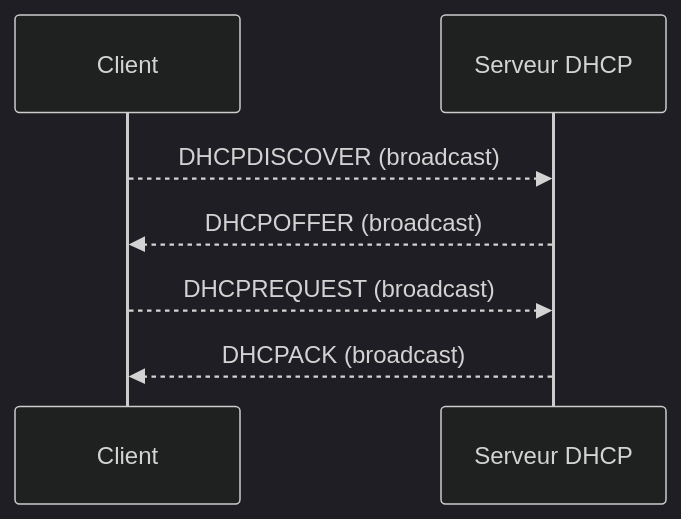
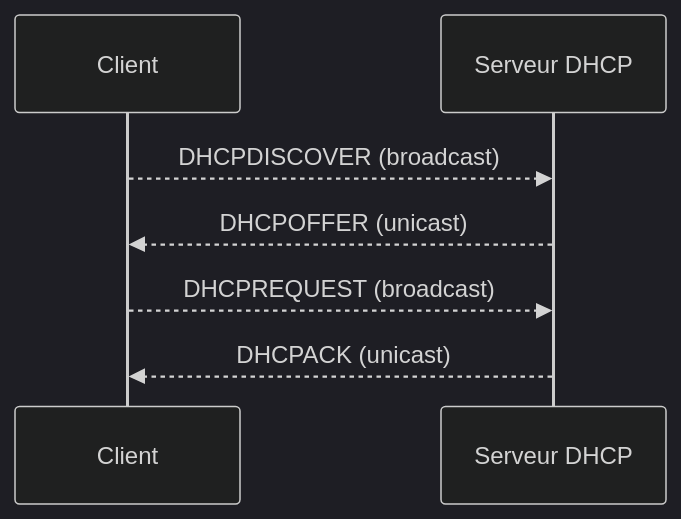
The diagram in 07 - Transformation de Server1 en Serveur DHCP avec Kea.md (maxime-rolland/COURS_LINUX_SERVEUR), drawn with Mermaid (dark theme) before and after one commit.

Commit message:
Update DHCP process diagram to reflect unicast responses

````diff
--- a/07 - Transformation de Server1 en Serveur DHCP avec Kea.md
+++ b/07 - Transformation de Server1 en Serveur DHCP avec Kea.md
@@ -28,8 +28,8 @@
 ```mermaid
 sequenceDiagram
     Client-->>Serveur DHCP: DHCPDISCOVER (broadcast)
-    Serveur DHCP-->>Client: DHCPOFFER (broadcast)
+    Serveur DHCP-->>Client: DHCPOFFER (unicast)
     Client-->>Serveur DHCP: DHCPREQUEST (broadcast)
-    Serveur DHCP-->>Client: DHCPACK (broadcast)
+    Serveur DHCP-->>Client: DHCPACK (unicast)
     
 ```
````
